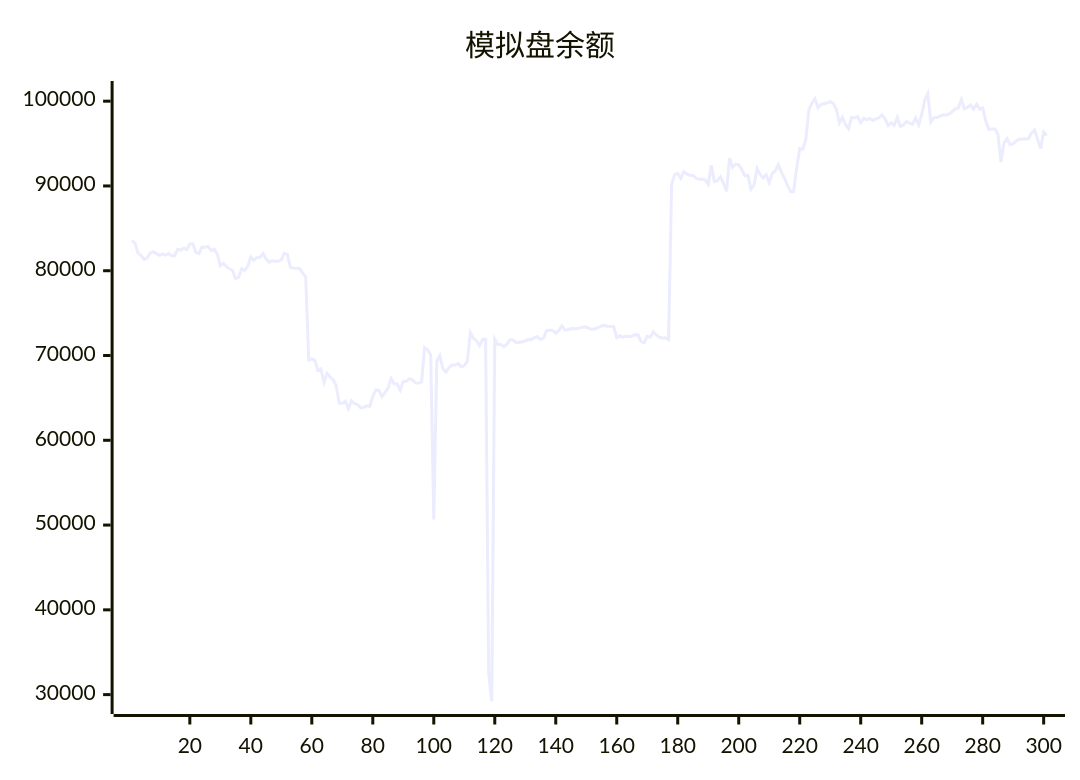
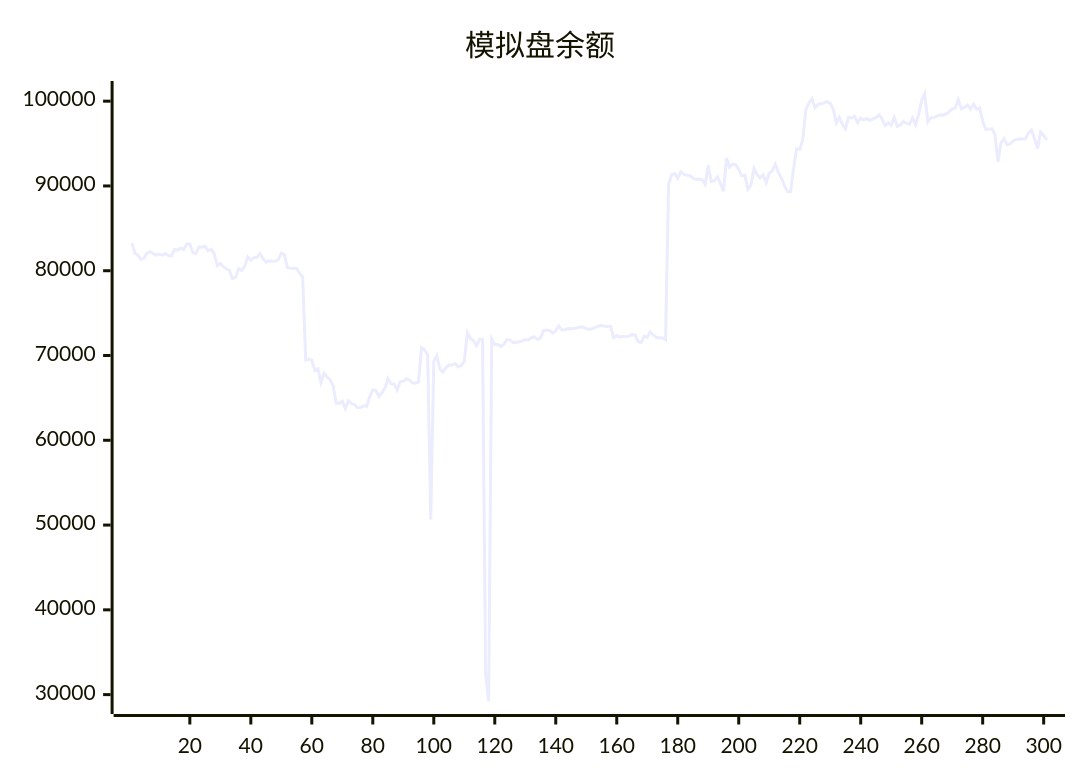
Before and after one commit to aahl/ai-trading: the diagram in README.md, drawn with Mermaid. The commit also changed other lines of this file and 1 other file, not shown here.

````diff
--- a/README.md
+++ b/README.md
@@ -5,5 +5,5 @@
 ```mermaid
 xychart
     title "模拟盘余额"
-    line [83592,83275,82072,81806,81344,81492,82109,82254,82006,81848,81955,81829,82022,81769,81776,82522,82441,82656,82498,83144,83144,82150,82038,82797,82763,82872,82367,82536,81981,80612,80862,80484,80242,80034,79063,79245,80226,80016,80507,81625,81233,81544,81578,82016,81401,81019,81186,81130,81118,81306,82066,81909,80392,80304,80291,80258,79729,79261,69466,69579,69456,68251,68415,66832,67911,67462,67144,66432,64380,64375,64606,63740,64647,64324,64216,63842,63877,64078,64008,65156,65945,65888,65157,65625,66144,67284,66653,66639,65924,66925,66956,67263,67108,66766,66729,66886,70927,70673,70049,50652,69334,69973,68400,68061,68578,68876,68879,69055,68662,68822,69329,72687,71999,71760,71162,71911,71896,32500,29218,71927,71297,71305,71044,71337,71883,71822,71536,71536,71622,71723,71880,71860,72100,72216,71887,72077,72940,72976,72966,72638,72948,73497,73004,73041,73173,73160,73186,73258,73375,73351,73173,73098,73161,73305,73474,73536,73457,73413,73412,72100,72333,72164,72272,72204,72285,72461,72421,71652,71521,72267,72157,72774,72424,72144,72060,72091,71858,90185,91338,91466,90900,91678,91404,91268,91244,90903,90779,90787,90721,90187,92429,90518,90619,91070,90328,89376,93286,92202,92581,92485,91947,91196,91259,89619,90086,92063,91355,90950,91327,90373,91498,91800,92531,91603,90910,90031,89351,89334,92097,94406,94315,95455,98972,99763,100286,99229,99622,99701,99805,99938,99738,99082,97430,98094,97267,96741,98081,98013,98194,97447,97983,97789,97969,97729,97911,98043,98405,97912,97120,97448,97154,98095,97021,97190,97616,97402,97263,98035,97210,98424,100120,100876,97552,98049,98085,98228,98388,98342,98488,98750,99086,99181,100188,99107,99272,99553,99072,99636,99061,99186,97674,96679,96704,96743,96096,92830,95088,95560,94866,94995,95295,95497,95531,95527,95559,96236,96597,95538,94422,96363,95972]
+    line [83275,82072,81806,81344,81492,82109,82254,82006,81848,81955,81829,82022,81769,81776,82522,82441,82656,82498,83144,83144,82150,82038,82797,82763,82872,82367,82536,81981,80612,80862,80484,80242,80034,79063,79245,80226,80016,80507,81625,81233,81544,81578,82016,81401,81019,81186,81130,81118,81306,82066,81909,80392,80304,80291,80258,79729,79261,69466,69579,69456,68251,68415,66832,67911,67462,67144,66432,64380,64375,64606,63740,64647,64324,64216,63842,63877,64078,64008,65156,65945,65888,65157,65625,66144,67284,66653,66639,65924,66925,66956,67263,67108,66766,66729,66886,70927,70673,70049,50652,69334,69973,68400,68061,68578,68876,68879,69055,68662,68822,69329,72687,71999,71760,71162,71911,71896,32500,29218,71927,71297,71305,71044,71337,71883,71822,71536,71536,71622,71723,71880,71860,72100,72216,71887,72077,72940,72976,72966,72638,72948,73497,73004,73041,73173,73160,73186,73258,73375,73351,73173,73098,73161,73305,73474,73536,73457,73413,73412,72100,72333,72164,72272,72204,72285,72461,72421,71652,71521,72267,72157,72774,72424,72144,72060,72091,71858,90185,91338,91466,90900,91678,91404,91268,91244,90903,90779,90787,90721,90187,92429,90518,90619,91070,90328,89376,93286,92202,92581,92485,91947,91196,91259,89619,90086,92063,91355,90950,91327,90373,91498,91800,92531,91603,90910,90031,89351,89334,92097,94406,94315,95455,98972,99763,100286,99229,99622,99701,99805,99938,99738,99082,97430,98094,97267,96741,98081,98013,98194,97447,97983,97789,97969,97729,97911,98043,98405,97912,97120,97448,97154,98095,97021,97190,97616,97402,97263,98035,97210,98424,100120,100876,97552,98049,98085,98228,98388,98342,98488,98750,99086,99181,100188,99107,99272,99553,99072,99636,99061,99186,97674,96679,96704,96743,96096,92830,95088,95560,94866,94995,95295,95497,95531,95527,95559,96236,96597,95538,94422,96363,95972,95418]
 ```
````
